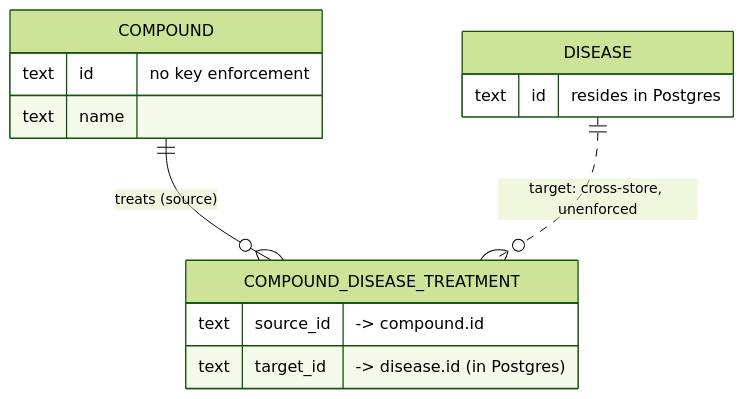
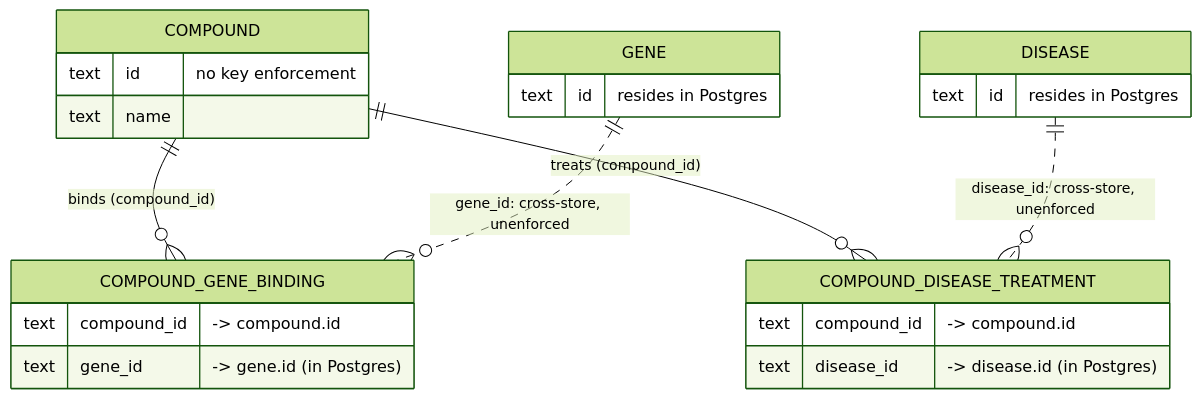
One commit to joseph-higaki/virtual-knowledge-graph-connectivity changed the second of 3 diagrams in README.md. Above: the diagram before and after it, drawn with Mermaid (forest theme). The commit also changed other lines of this file and 7 other files, not shown here.

First line of the commit message:
refactor: entity-semantic edge columns + compound_gene_binding → Iceberg

````diff
--- a/README.md
+++ b/README.md
@@ -114,17 +110,26 @@
 ```mermaid
 erDiagram
     COMPOUND {
         text id "no key enforcement"
         text name
     }
+    COMPOUND_GENE_BINDING {
+        text compound_id "-> compound.id"
+        text gene_id "-> gene.id (in Postgres)"
+    }
     COMPOUND_DISEASE_TREATMENT {
-        text source_id "-> compound.id"
-        text target_id "-> disease.id (in Postgres)"
+        text compound_id "-> compound.id"
+        text disease_id "-> disease.id (in Postgres)"
+    }
+    GENE {
+        text id "resides in Postgres"
     }
     DISEASE {
         text id "resides in Postgres"
     }
 
-    COMPOUND ||--o{ COMPOUND_DISEASE_TREATMENT : "treats (source)"
-    DISEASE  ||..o{ COMPOUND_DISEASE_TREATMENT : "target: cross-store, unenforced"
+    COMPOUND ||--o{ COMPOUND_GENE_BINDING : "binds (compound_id)"
+    GENE     ||..o{ COMPOUND_GENE_BINDING : "gene_id: cross-store, unenforced"
+    COMPOUND ||--o{ COMPOUND_DISEASE_TREATMENT : "treats (compound_id)"
+    DISEASE  ||..o{ COMPOUND_DISEASE_TREATMENT : "disease_id: cross-store, unenforced"
 ```
````
